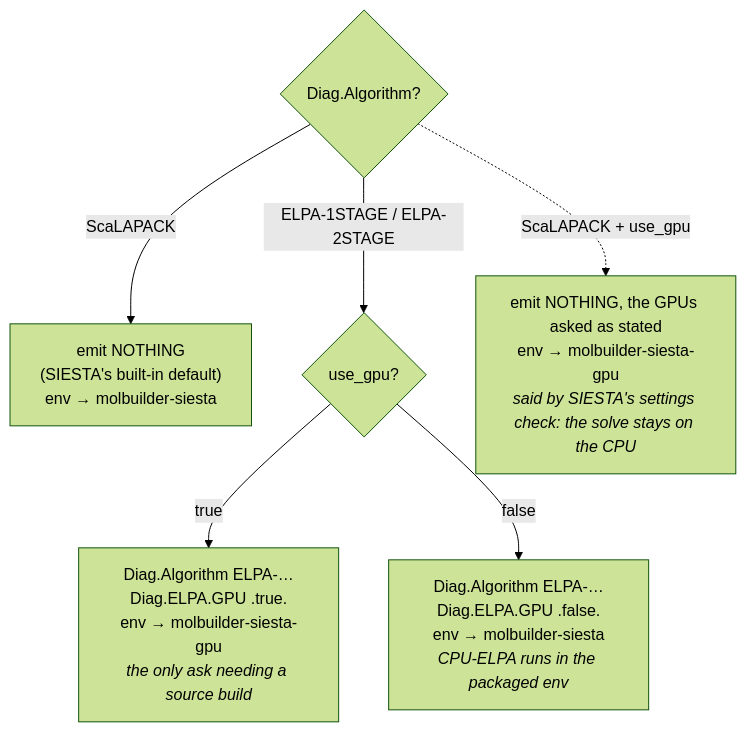
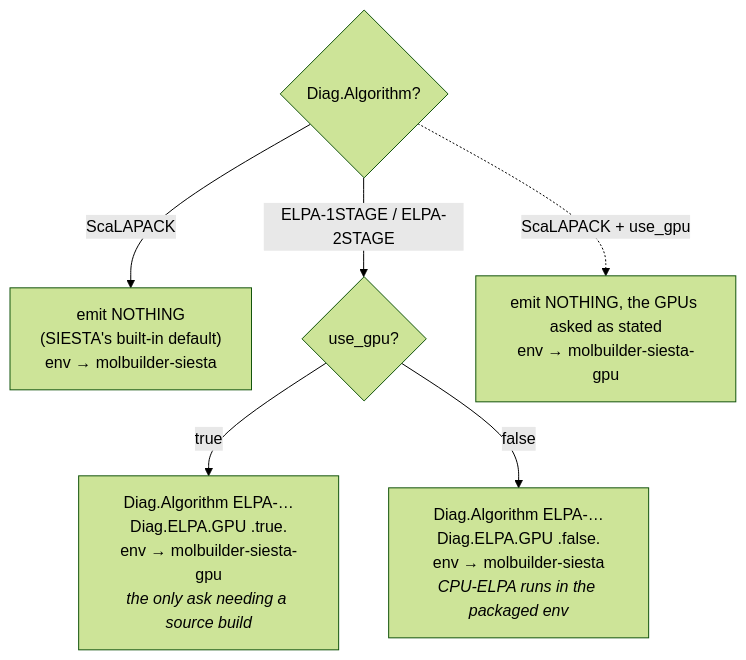
The third of 3 diagrams in docs/engines/siesta.md (Qing-LAB/molbuilder), drawn with Mermaid (forest theme) before and after one commit. The commit also changed other lines of this file and 130 other files, not shown here.

````diff
--- a/docs/engines/siesta.md
+++ b/docs/engines/siesta.md
@@ -515,9 +515,9 @@
 ```mermaid
 flowchart TD
     A{"Diag.Algorithm?"}
     A -->|ScaLAPACK| S["emit NOTHING<br/>(SIESTA's built-in default)<br/>env → molbuilder-siesta"]
     A -->|"ELPA-1STAGE / ELPA-2STAGE"| G{"use_gpu?"}
     G -->|"true"| GPU["Diag.Algorithm ELPA-…<br/>Diag.ELPA.GPU .true.<br/>env → molbuilder-siesta-gpu<br/><i>the only ask needing a source build</i>"]
     G -->|"false"| CPU["Diag.Algorithm ELPA-…<br/>Diag.ELPA.GPU .false.<br/>env → molbuilder-siesta<br/><i>CPU-ELPA runs in the packaged env</i>"]
-    A -.->|"ScaLAPACK + use_gpu"| SAID["emit NOTHING, the GPUs asked as stated<br/>env → molbuilder-siesta-gpu<br/><i>said by SIESTA's settings check: the solve stays on the CPU</i>"]
+    A -.->|"ScaLAPACK + use_gpu"| ASKED["emit NOTHING, the GPUs asked as stated<br/>env → molbuilder-siesta-gpu"]
 ```
````
